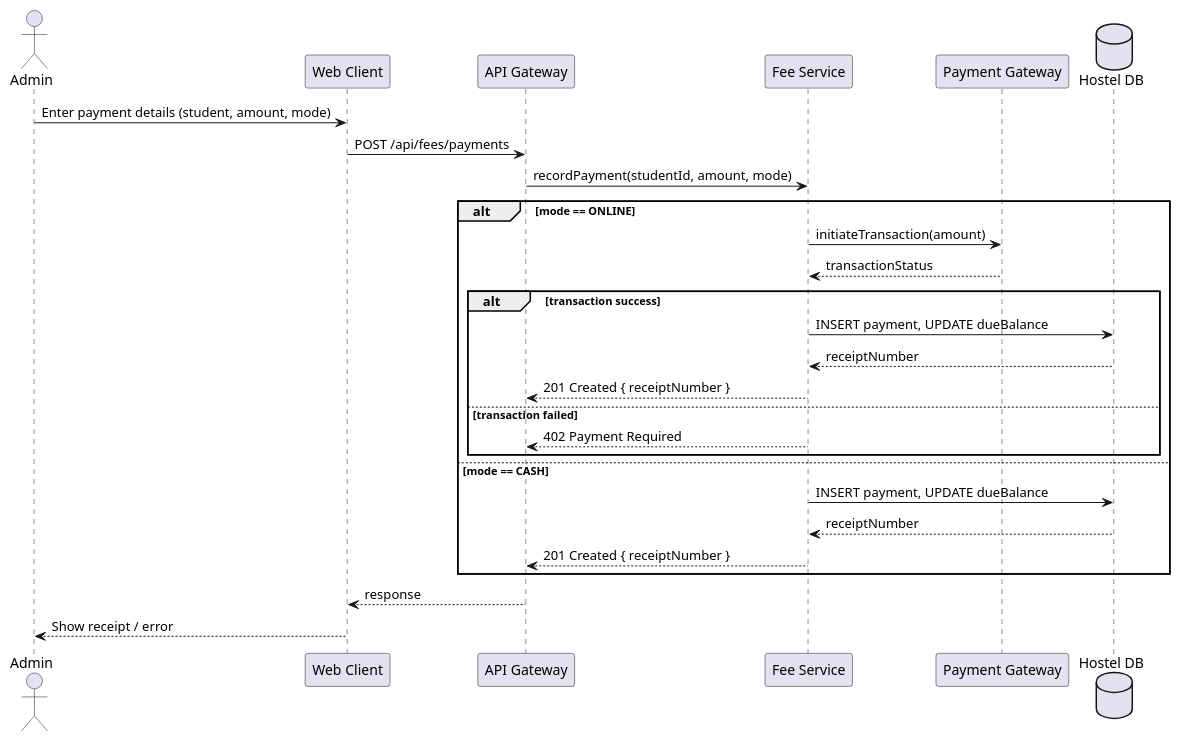
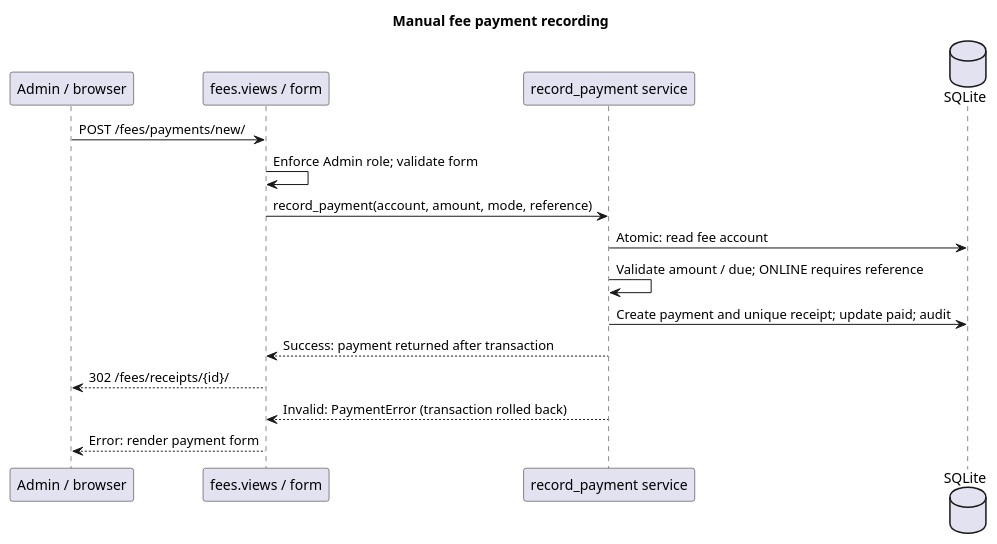
The diagram in docs/diagrams/src/sequence-fee-payment.puml (SruthiVejju/SE_MiniProject), drawn with PlantUML before and after one commit. The commit also changed 20 other files, not shown here.

Commit message:
Document implemented architecture and final test results

```diff
--- a/docs/diagrams/src/sequence-fee-payment.puml
+++ b/docs/diagrams/src/sequence-fee-payment.puml
@@ -1,31 +1,17 @@
 @startuml sequence-fee-payment
-actor Admin
-participant "Web Client" as Web
-participant "API Gateway" as GW
-participant "Fee Service" as FeeSvc
-participant "Payment Gateway" as Pay
-database "Hostel DB" as DB
-
-Admin -> Web : Enter payment details (student, amount, mode)
-Web -> GW : POST /api/fees/payments
-GW -> FeeSvc : recordPayment(studentId, amount, mode)
-
-alt mode == ONLINE
-  FeeSvc -> Pay : initiateTransaction(amount)
-  Pay --> FeeSvc : transactionStatus
-  alt transaction success
-    FeeSvc -> DB : INSERT payment, UPDATE dueBalance
-    DB --> FeeSvc : receiptNumber
-    FeeSvc --> GW : 201 Created { receiptNumber }
-  else transaction failed
-    FeeSvc --> GW : 402 Payment Required
-  end
-else mode == CASH
-  FeeSvc -> DB : INSERT payment, UPDATE dueBalance
-  DB --> FeeSvc : receiptNumber
-  FeeSvc --> GW : 201 Created { receiptNumber }
-end
-
-GW --> Web : response
-Web --> Admin : Show receipt / error
+title Manual fee payment recording
+participant "Admin / browser" as P0
+participant "fees.views / form" as P1
+participant "record_payment service" as P2
+database "SQLite" as P3
+P0 -> P1 : POST /fees/payments/new/
+P1 -> P1 : Enforce Admin role; validate form
+P1 -> P2 : record_payment(account, amount, mode, reference)
+P2 -> P3 : Atomic: read fee account
+P2 -> P2 : Validate amount / due; ONLINE requires reference
+P2 -> P3 : Create payment and unique receipt; update paid; audit
+P2 --> P1 : Success: payment returned after transaction
+P1 --> P0 : 302 /fees/receipts/{id}/
+P2 --> P1 : Invalid: PaymentError (transaction rolled back)
+P1 --> P0 : Error: render payment form
 @enduml
```
